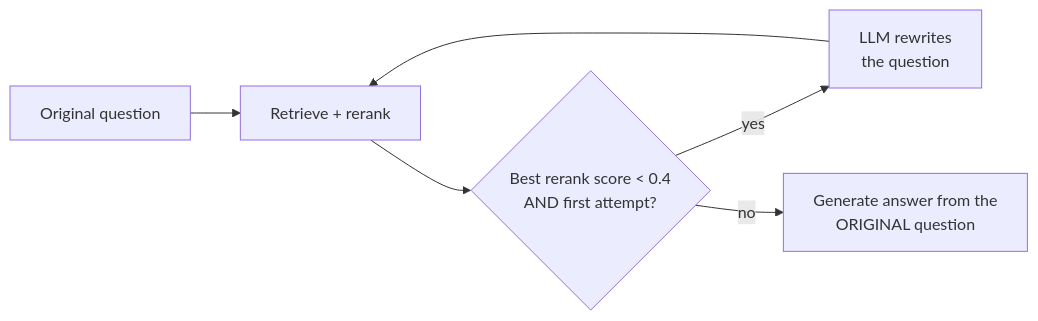
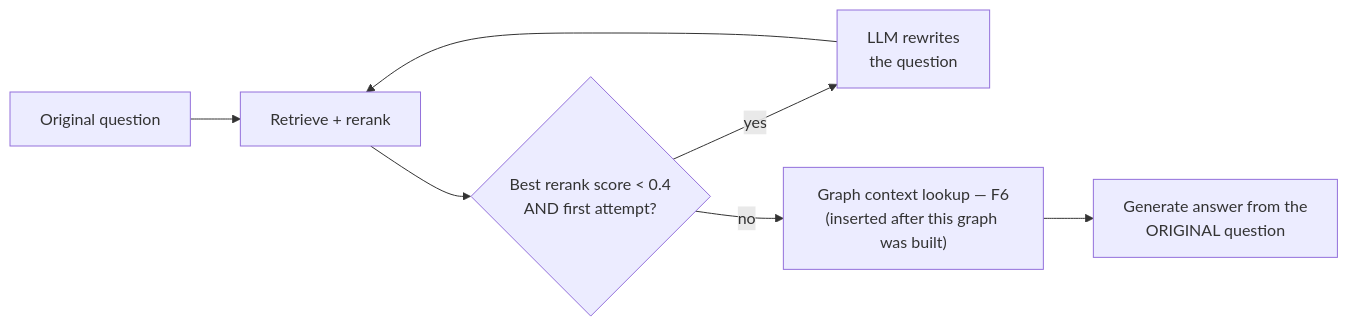
The seventh of 12 diagrams in knowledge-brain/docs/INTERVIEW_PREP.md (NavdeepTU/genai_projects), drawn with Mermaid before and after one commit. The commit also changed other lines of this file and 2 other files, not shown here.

````diff
--- a/knowledge-brain/docs/INTERVIEW_PREP.md
+++ b/knowledge-brain/docs/INTERVIEW_PREP.md
@@ -496,8 +507,9 @@
 ```mermaid
 flowchart LR
     Q[Original question] --> RET[Retrieve + rerank]
     RET --> CHECK{Best rerank score < 0.4<br/>AND first attempt?}
     CHECK -->|yes| REWRITE[LLM rewrites<br/>the question]
     REWRITE --> RET
-    CHECK -->|no| GEN[Generate answer from the<br/>ORIGINAL question]
+    CHECK -->|no| GRAPHCTX["Graph context lookup — F6<br/>(inserted after this graph was built)"]
+    GRAPHCTX --> GEN[Generate answer from the<br/>ORIGINAL question]
 ```
````
